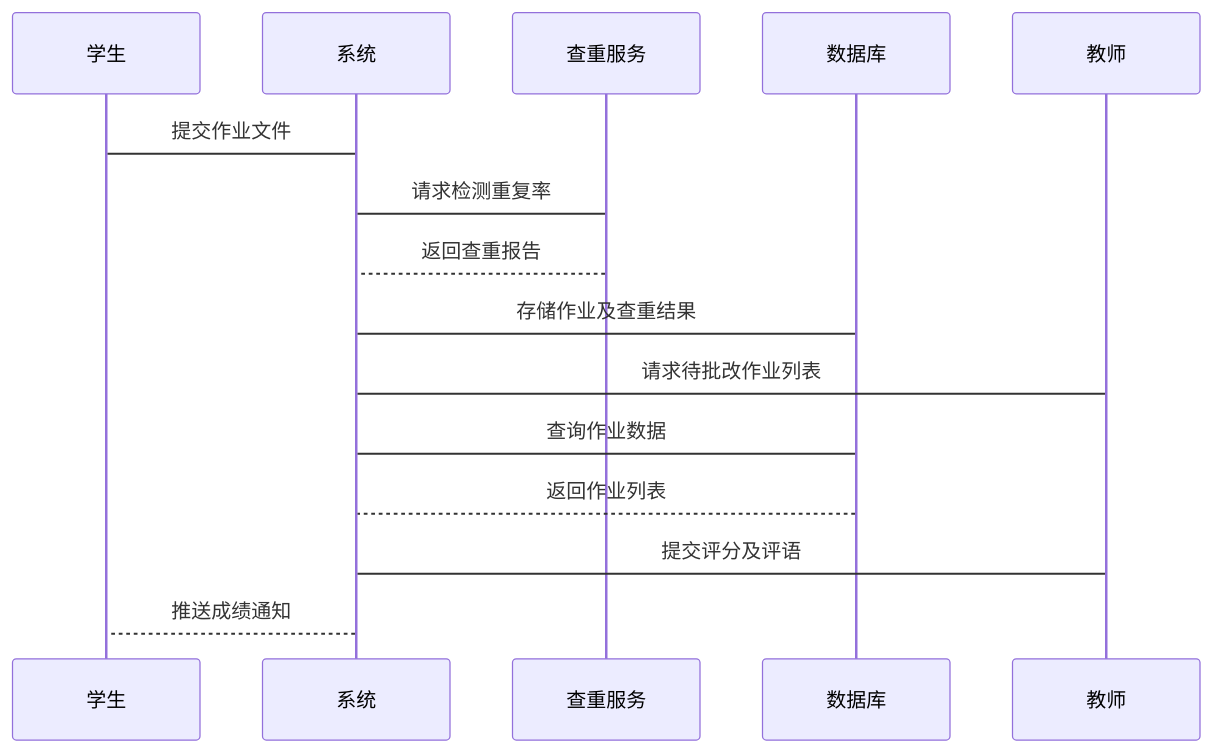
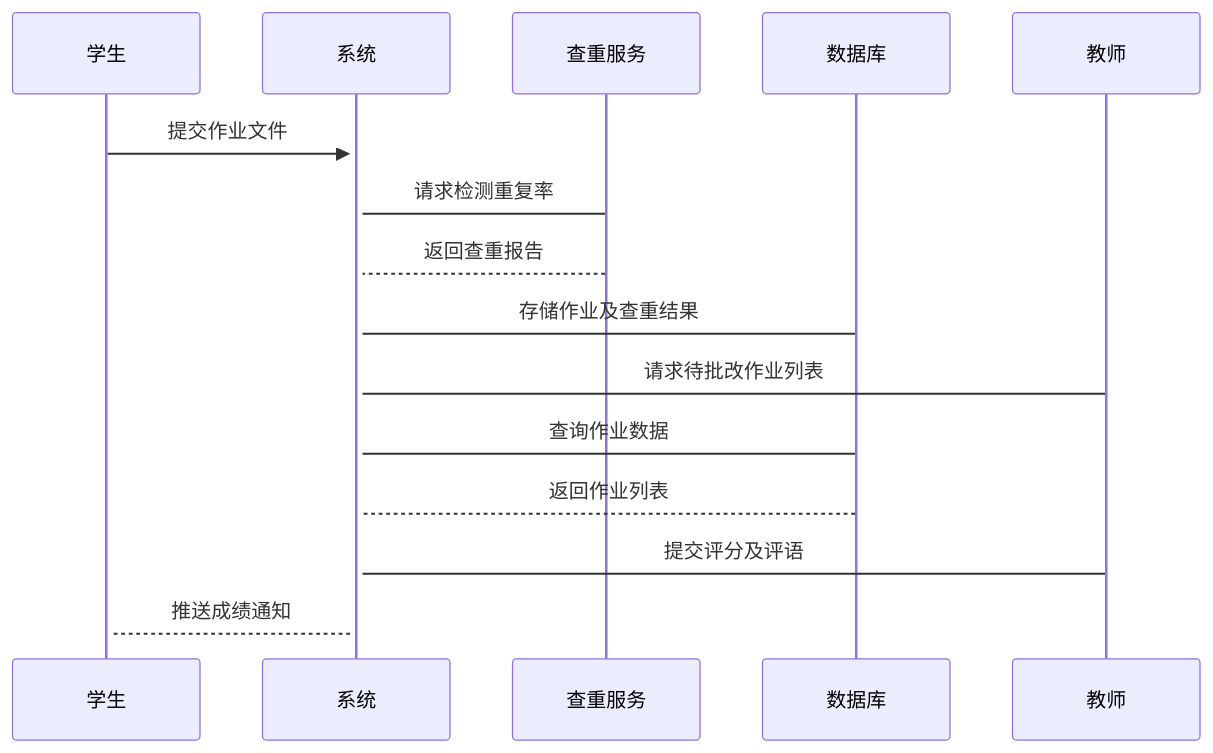
Before and after one commit to YOAyes/iodraw-files: the diagram in all/未命名-1.md, drawn with Mermaid.

Commit message:
2025-05-08 20:02:15 update

````diff
--- a/all/未命名-1.md
+++ b/all/未命名-1.md
@@ -1,13 +1,13 @@
 ```mermaid
 sequenceDiagram
-学生 -> 系统: 提交作业文件
+学生 ->>+ 系统: 提交作业文件
 系统 -> 查重服务: 请求检测重复率
 查重服务 --> 系统: 返回查重报告
 系统 -> 数据库: 存储作业及查重结果
 教师 -> 系统: 请求待批改作业列表
 系统 -> 数据库: 查询作业数据
 数据库 --> 系统: 返回作业列表
 教师 -> 系统: 提交评分及评语
-系统 --> 学生: 推送成绩通知
+系统 -->+ 学生: 推送成绩通知
 
 ```
````
